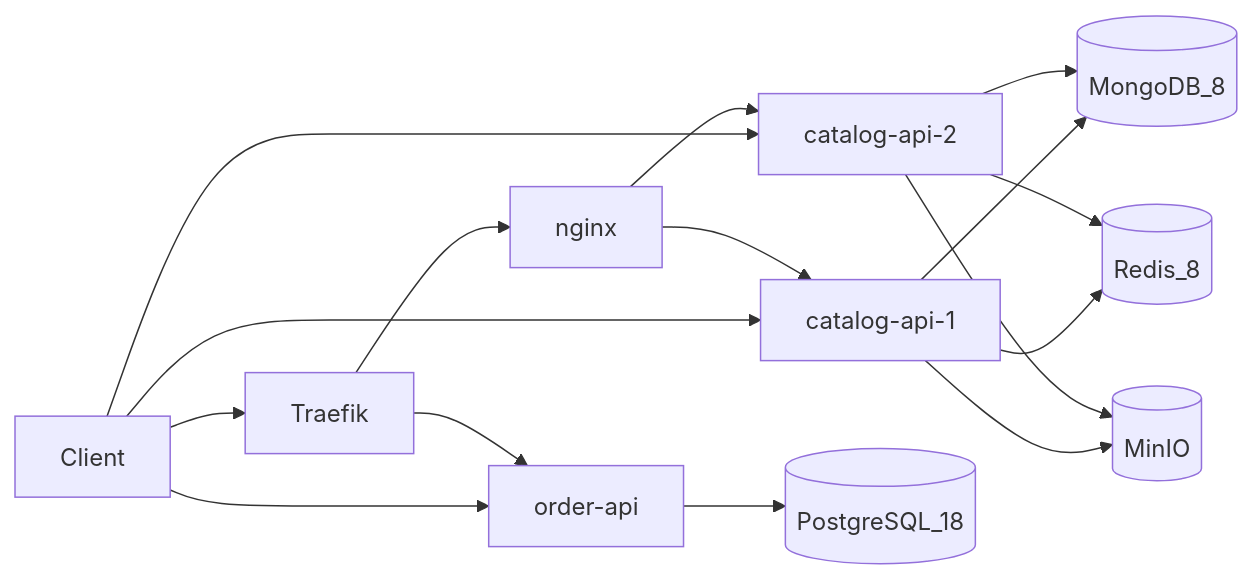
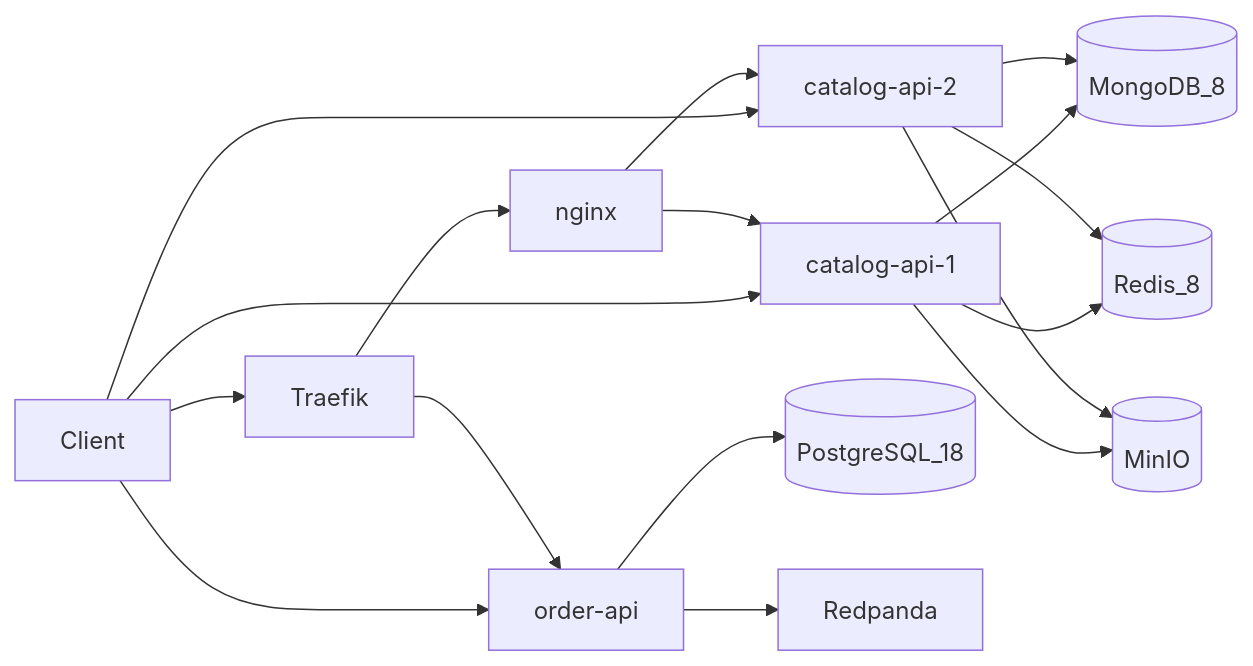
The first of 2 diagrams in docs/docs/architecture/overview.mdx (ianckc/streamshop-distributed-system), drawn with Mermaid before and after one commit. The commit also changed other lines of this file and 23 other files, not shown here.

First line of the commit message:
0020 Add Redpanda order producer (#21)

````diff
--- a/docs/docs/architecture/overview.mdx
+++ b/docs/docs/architecture/overview.mdx
@@ -11,18 +11,19 @@
 ```mermaid
 flowchart LR
   Client[Client] --> Traefik[Traefik]
   Client --> Catalog1[catalog-api-1]
   Client --> Catalog2[catalog-api-2]
   Client --> OrderAPI[order-api]
   Traefik --> Nginx[nginx]
   Traefik --> OrderAPI
   Nginx --> Catalog1
   Nginx --> Catalog2
   Catalog1 --> Mongo[(MongoDB_8)]
   Catalog2 --> Mongo
   Catalog1 --> Redis[(Redis_8)]
   Catalog2 --> Redis
   Catalog1 --> MinIO[(MinIO)]
   Catalog2 --> MinIO
   OrderAPI --> Postgres[(PostgreSQL_18)]
+  OrderAPI --> Redpanda[Redpanda]
 ```
````
